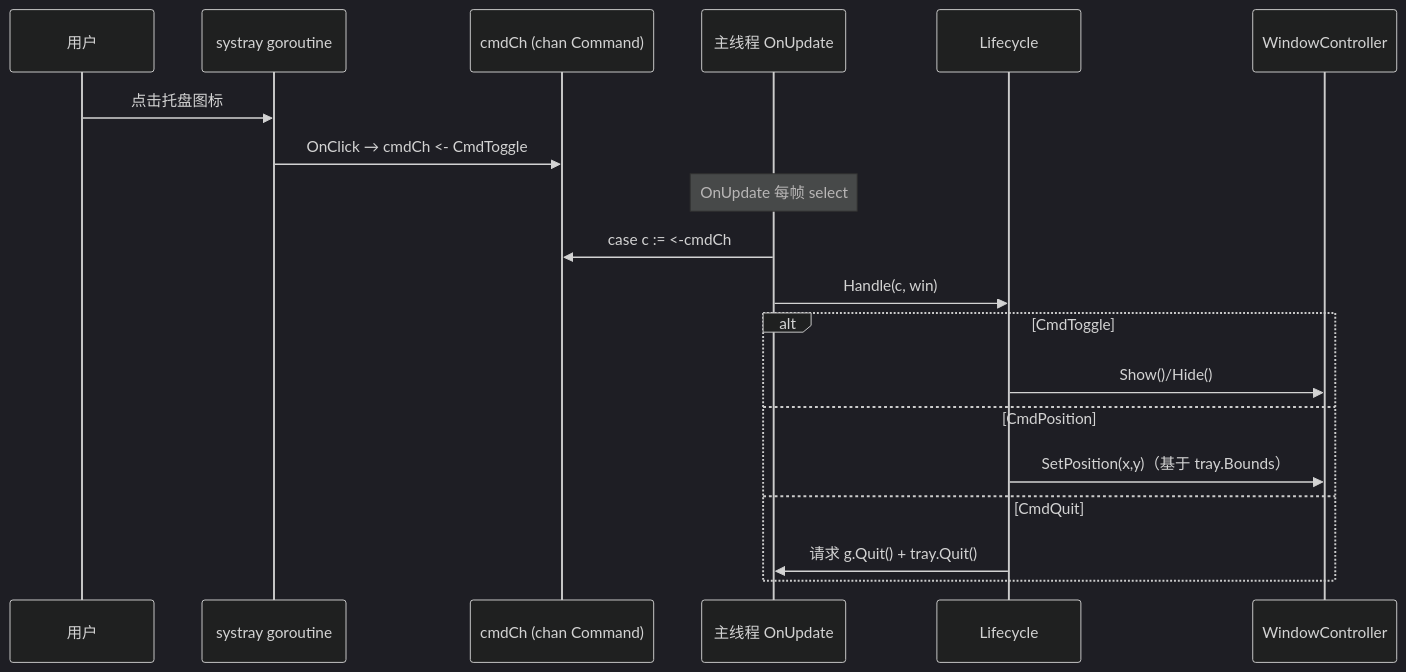
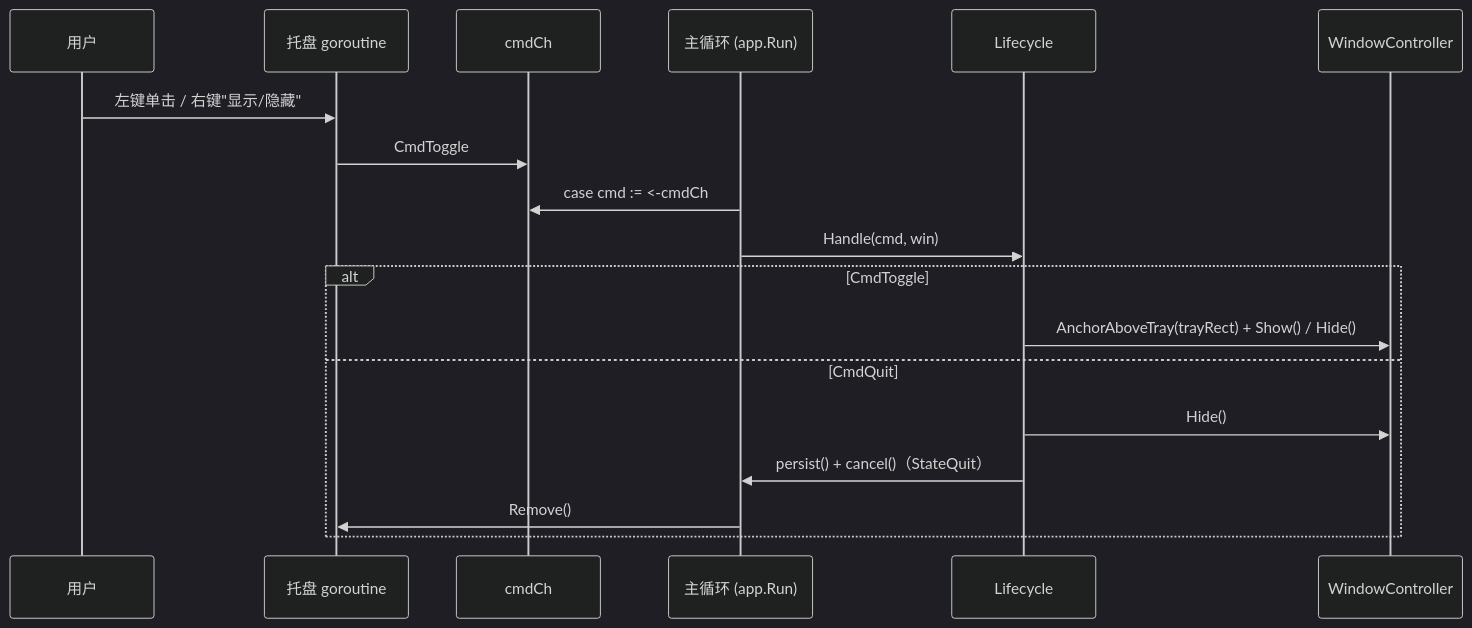
One commit to shaolei/DeskCalendar changed the third of 4 diagrams in docs/10-Shell/App.md. Above: the diagram before and after it, drawn with Mermaid (dark theme). The commit also changed other lines of this file and 4 other files, not shown here.

````diff
--- a/docs/10-Shell/App.md
+++ b/docs/10-Shell/App.md
@@ -134,22 +159,21 @@
 ```mermaid
 sequenceDiagram
     participant User as 用户
-    participant Tray as systray goroutine
-    participant Ch as cmdCh (chan Command)
-    participant Main as 主线程 OnUpdate
+    participant Tray as 托盘 goroutine
+    participant Ch as cmdCh
+    participant Main as 主循环 (app.Run)
     participant Life as Lifecycle
     participant Win as WindowController
 
-    User->>Tray: 点击托盘图标
-    Tray->>Ch: OnClick → cmdCh <- CmdToggle
-    Note over Main: OnUpdate 每帧 select
-    Main->>Ch: case c := <-cmdCh
-    Main->>Life: Handle(c, win)
+    User->>Tray: 左键单击 / 右键"显示/隐藏"
+    Tray->>Ch: CmdToggle
+    Main->>Ch: case cmd := <-cmdCh
+    Main->>Life: Handle(cmd, win)
     alt CmdToggle
-        Life->>Win: Show()/Hide()
-    else CmdPosition
-        Life->>Win: SetPosition(x,y)（基于 tray.Bounds）
+        Life->>Win: AnchorAboveTray(trayRect) + Show() / Hide()
     else CmdQuit
-        Life->>Main: 请求 g.Quit() + tray.Quit()
+        Life->>Win: Hide()
+        Life->>Main: persist() + cancel()（StateQuit）
+        Main->>Tray: Remove()
     end
 ```
````
